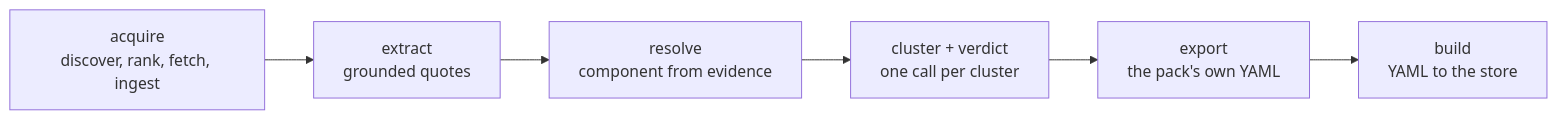
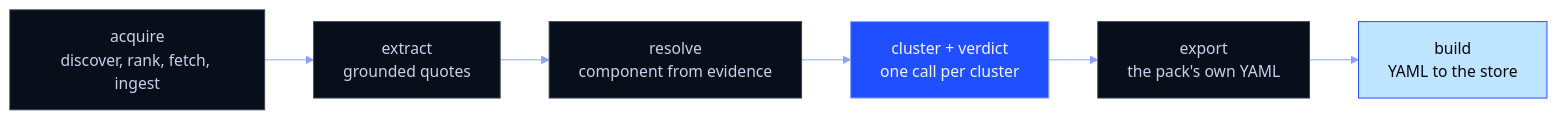
The seventh of 7 diagrams in docs/INTERNALS.md (Berbadov/kriko), drawn with Mermaid before and after one commit. The commit also changed other lines of this file and 21 other files, not shown here.

````diff
--- a/docs/INTERNALS.md
+++ b/docs/INTERNALS.md
@@ -181,8 +230,12 @@
 ```mermaid
+%%{init: {"theme":"base","themeVariables":{"fontFamily":"ui-monospace, SFMono-Regular, Consolas, monospace","primaryColor":"#090E1B","primaryTextColor":"#F2F5FF","primaryBorderColor":"#1F4FFF","lineColor":"#86A3FF","secondaryColor":"#1739C2","tertiaryColor":"#080B16","noteBkgColor":"#BFE4FF","noteTextColor":"#05070F","actorBkg":"#090E1B","actorTextColor":"#F2F5FF","actorBorder":"#1F4FFF","signalColor":"#86A3FF","signalTextColor":"#86A3FF"}}}%%
 flowchart LR
-    A["acquire<br/>discover, rank, fetch, ingest"] --> X["extract<br/>grounded quotes"]
-    X --> R["resolve<br/>component from evidence"]
-    R --> V["cluster + verdict<br/>one call per cluster"]
-    V --> E["export<br/>the pack's own YAML"]
-    E --> B["build<br/>YAML to the store"]
+    A["acquire<br/>discover, rank, fetch, ingest"]:::plain --> X["extract<br/>grounded quotes"]:::plain
+    X --> R["resolve<br/>component from evidence"]:::plain
+    R --> V["cluster + verdict<br/>one call per cluster"]:::brand
+    V --> E["export<br/>the pack's own YAML"]:::plain
+    E --> B["build<br/>YAML to the store"]:::ice
+    classDef brand  fill:#1F4FFF,stroke:#86A3FF,color:#F2F5FF
+    classDef plain  fill:#090E1B,stroke:#3A4156,color:#C9D1EA
+    classDef ice    fill:#BFE4FF,stroke:#1F4FFF,color:#05070F
 ```
````
